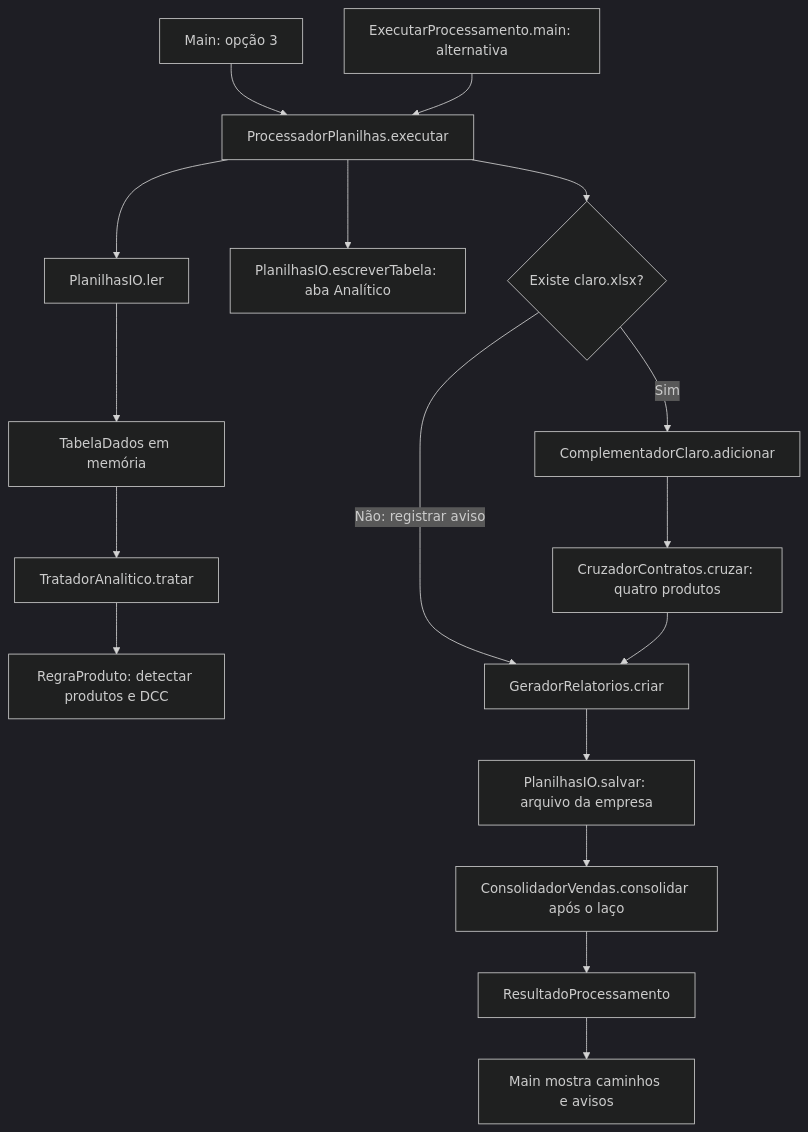
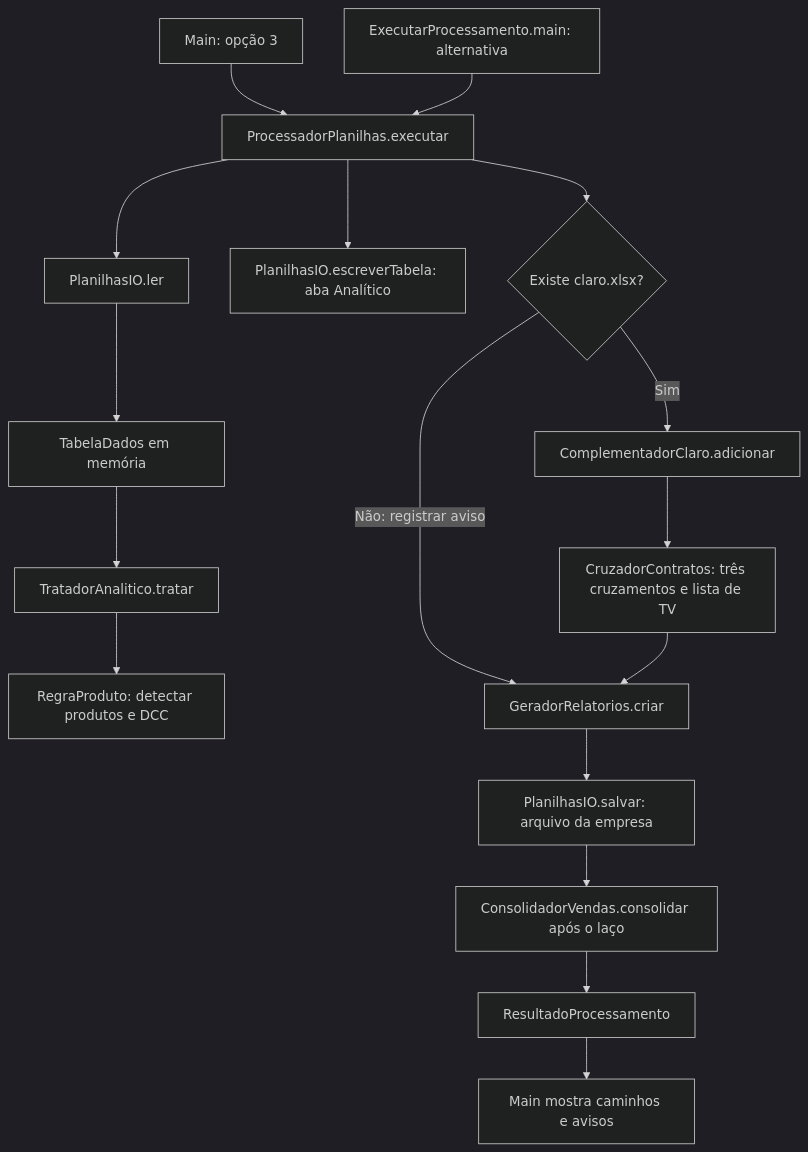
Before and after one commit to JeffersonDeylane/LP2---sistema-de-vendas: the diagram in docs/planejamento/GUIA_PROCESSAMENTO_PLANILHAS.md, drawn with Mermaid (dark theme). The commit also changed other lines of this file and 165 other files, not shown here.

Commit message:
criação das classes seguindo o diagrama decidido (ainda com o código pendente)

````diff
--- a/docs/planejamento/GUIA_PROCESSAMENTO_PLANILHAS.md
+++ b/docs/planejamento/GUIA_PROCESSAMENTO_PLANILHAS.md
@@ -24,19 +24,19 @@
 ```mermaid
 flowchart TD
     A[Main: opção 3] --> B[ProcessadorPlanilhas.executar]
     X[ExecutarProcessamento.main: alternativa] --> B
     B --> C[PlanilhasIO.ler]
     C --> D[TabelaDados em memória]
     D --> E[TratadorAnalitico.tratar]
     E --> F[RegraProduto: detectar produtos e DCC]
     B --> G[PlanilhasIO.escreverTabela: aba Analítico]
     B --> H{Existe claro.xlsx?}
     H -->|Sim| I[ComplementadorClaro.adicionar]
-    I --> J[CruzadorContratos.cruzar: quatro produtos]
+    I --> J[CruzadorContratos: três cruzamentos e lista de TV]
     H -->|Não: registrar aviso| K[GeradorRelatorios.criar]
     J --> K
     K --> L[PlanilhasIO.salvar: arquivo da empresa]
     L --> M[ConsolidadorVendas.consolidar após o laço]
     M --> N[ResultadoProcessamento]
     N --> O[Main mostra caminhos e avisos]
 ```
````
